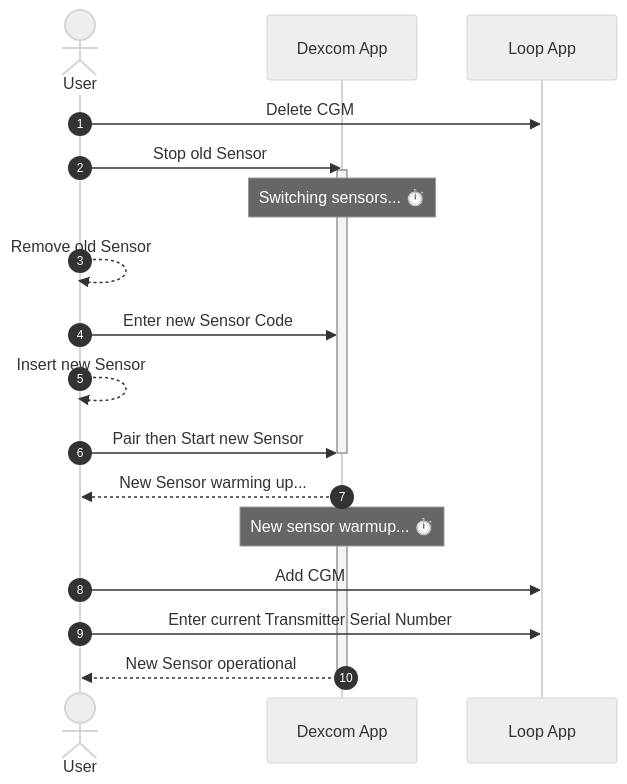
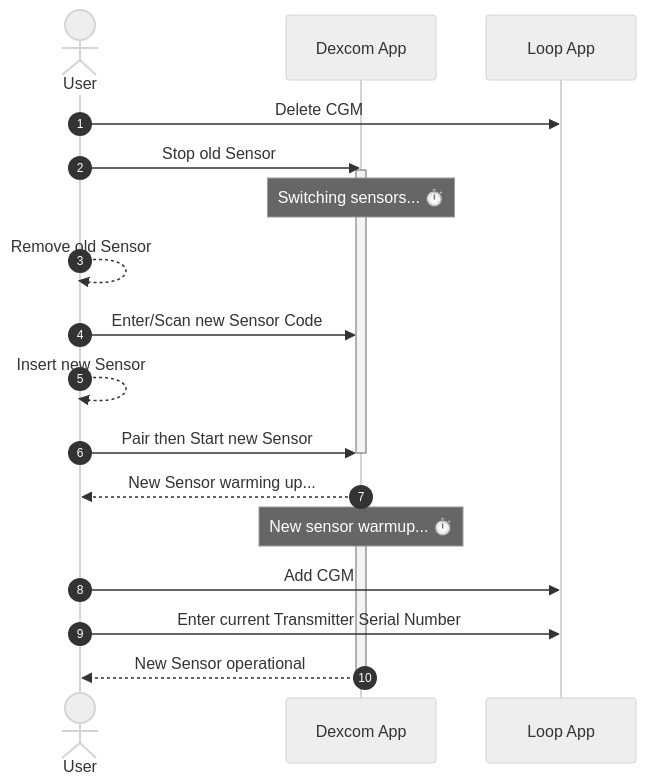
One commit to LoopKit/loopdocs changed the diagram in docs/loop-3/add-cgm.md. Above: the diagram before and after it, drawn with Mermaid (neutral theme). The commit also changed 1 other file, not shown here.

Commit message:
📝 Update diagrams to mention that sensor code can be scanned

````diff
--- a/docs/loop-3/add-cgm.md
+++ b/docs/loop-3/add-cgm.md
@@ -146,24 +146,24 @@
 ```mermaid
 sequenceDiagram
     actor       user     as User
     participant dexcom   as Dexcom App
     participant loop_app as Loop App
 
     autonumber
     user     ->>  loop_app: Delete CGM
     user     ->>  dexcom:   Stop old Sensor
     activate      dexcom
     Note over     dexcom:   Switching sensors... ⏱️
     user     -->> user:     Remove old Sensor
-    user     ->>  dexcom:   Enter new Sensor Code
+    user     ->>  dexcom:   Enter/Scan new Sensor Code
     user     -->> user:     Insert new Sensor
     user     ->>  dexcom:   Pair then Start new Sensor
     deactivate    dexcom
     dexcom   -->> user:     New Sensor warming up...
     activate      dexcom
     Note over     dexcom:   New sensor warmup... ⏱️
     user     ->>  loop_app: Add CGM
     user     ->>  loop_app: Enter current Transmitter Serial Number
     dexcom   -->> user:     New Sensor operational
     deactivate dexcom
 ```
````
